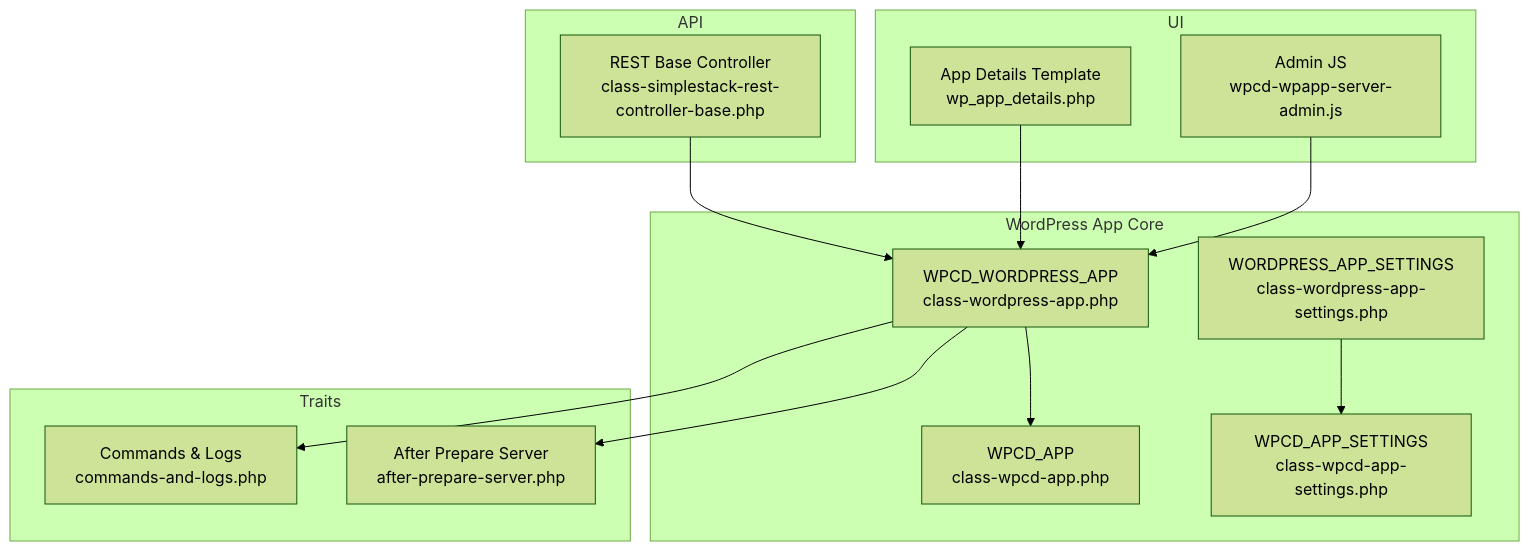
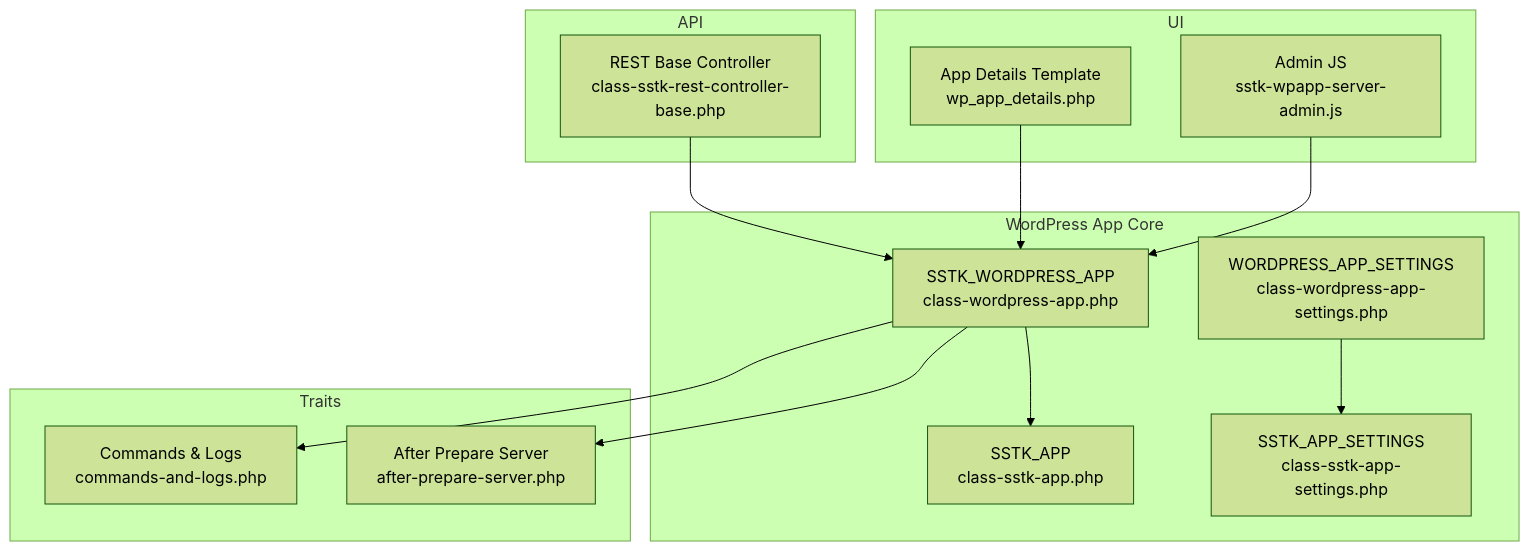
Before and after one commit to onedogsolutions/simple-stack: the first of 8 diagrams in .qoder/repowiki/en/content/WordPress Application Engine/WordPress Application Lifecycle Management.md, drawn with Mermaid (forest theme). The commit also changed other lines of this file and 5941 other files, not shown here.

````diff
--- a/.qoder/repowiki/en/content/WordPress Application Engine/WordPress Application Lifecycle Management.md
+++ b/.qoder/repowiki/en/content/WordPress Application Engine/WordPress Application Lifecycle Management.md
@@ -38,27 +38,27 @@
 ```mermaid
 graph TB
 subgraph "WordPress App Core"
-WPAPP["WPCD_WORDPRESS_APP<br/>class-wordpress-app.php"]
-BASEAPP["WPCD_APP<br/>class-wpcd-app.php"]
+WPAPP["SSTK_WORDPRESS_APP<br/>class-wordpress-app.php"]
+BASEAPP["SSTK_APP<br/>class-sstk-app.php"]
 SETTINGS["WORDPRESS_APP_SETTINGS<br/>class-wordpress-app-settings.php"]
-BASESETTINGS["WPCD_APP_SETTINGS<br/>class-wpcd-app-settings.php"]
+BASESETTINGS["SSTK_APP_SETTINGS<br/>class-sstk-app-settings.php"]
 end
 subgraph "Traits"
 CMDLOGS["Commands & Logs<br/>commands-and-logs.php"]
 AFTERPREP["After Prepare Server<br/>after-prepare-server.php"]
 end
 subgraph "UI"
-ADMINJS["Admin JS<br/>wpcd-wpapp-server-admin.js"]
+ADMINJS["Admin JS<br/>sstk-wpapp-server-admin.js"]
 TEMPLATE["App Details Template<br/>wp_app_details.php"]
 end
 subgraph "API"
-RESTBASE["REST Base Controller<br/>class-simplestack-rest-controller-base.php"]
+RESTBASE["REST Base Controller<br/>class-sstk-rest-controller-base.php"]
 end
 WPAPP --> BASEAPP
 SETTINGS --> BASESETTINGS
 WPAPP --> CMDLOGS
 WPAPP --> AFTERPREP
 ADMINJS --> WPAPP
 TEMPLATE --> WPAPP
 RESTBASE --> WPAPP
 ```
````
